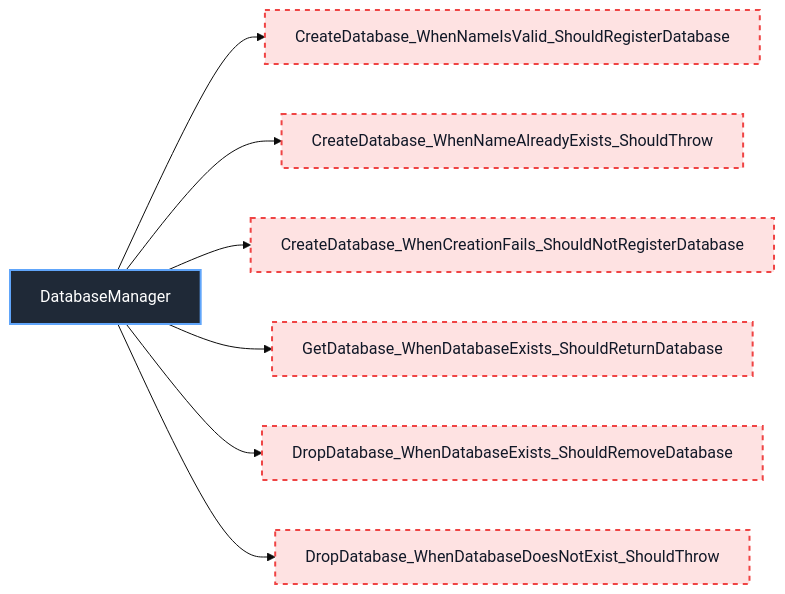
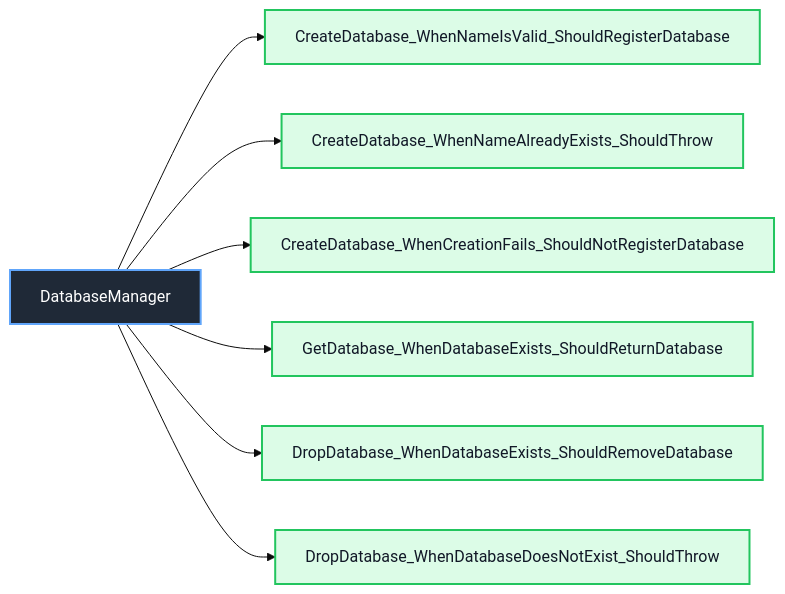
One commit to manaxpow/DBMS changed diagram 12 of 29 in docs/unit-test/README.md. Above: the diagram before and after it, drawn with Mermaid (base theme). The commit also changed other lines of this file and 19 other files, not shown here.

````diff
--- a/docs/unit-test/README.md
+++ b/docs/unit-test/README.md
@@ -273,18 +273,18 @@
 ```mermaid
 flowchart LR
     Class_DatabaseManager["DatabaseManager"]
 
     Class_DatabaseManager --> MGR_001["CreateDatabase_WhenNameIsValid_ShouldRegisterDatabase"]
     Class_DatabaseManager --> MGR_002["CreateDatabase_WhenNameAlreadyExists_ShouldThrow"]
     Class_DatabaseManager --> MGR_003["CreateDatabase_WhenCreationFails_ShouldNotRegisterDatabase"]
     Class_DatabaseManager --> MGR_004["GetDatabase_WhenDatabaseExists_ShouldReturnDatabase"]
     Class_DatabaseManager --> MGR_005["DropDatabase_WhenDatabaseExists_ShouldRemoveDatabase"]
     Class_DatabaseManager --> MGR_006["DropDatabase_WhenDatabaseDoesNotExist_ShouldThrow"]
 
     classDef classNode fill:#1f2937,stroke:#60a5fa,color:#ffffff,stroke-width:2px
     classDef completedTest fill:#dcfce7,stroke:#22c55e,color:#111827,stroke-width:2px
     classDef missingTest fill:#fee2e2,stroke:#ef4444,color:#111827,stroke-width:2px,stroke-dasharray: 5 5
 
     class Class_DatabaseManager classNode
-    class MGR_001,MGR_002,MGR_003,MGR_004,MGR_005,MGR_006 missingTest
+    class MGR_001,MGR_002,MGR_003,MGR_004,MGR_005,MGR_006 completedTest
 ```
````
